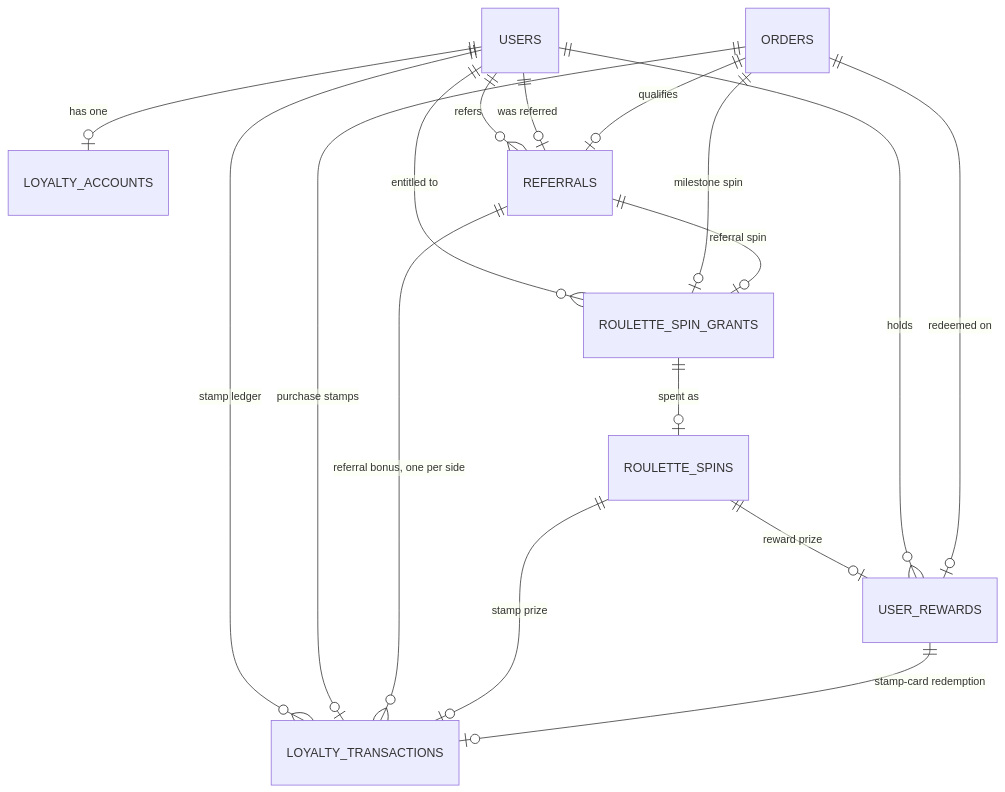
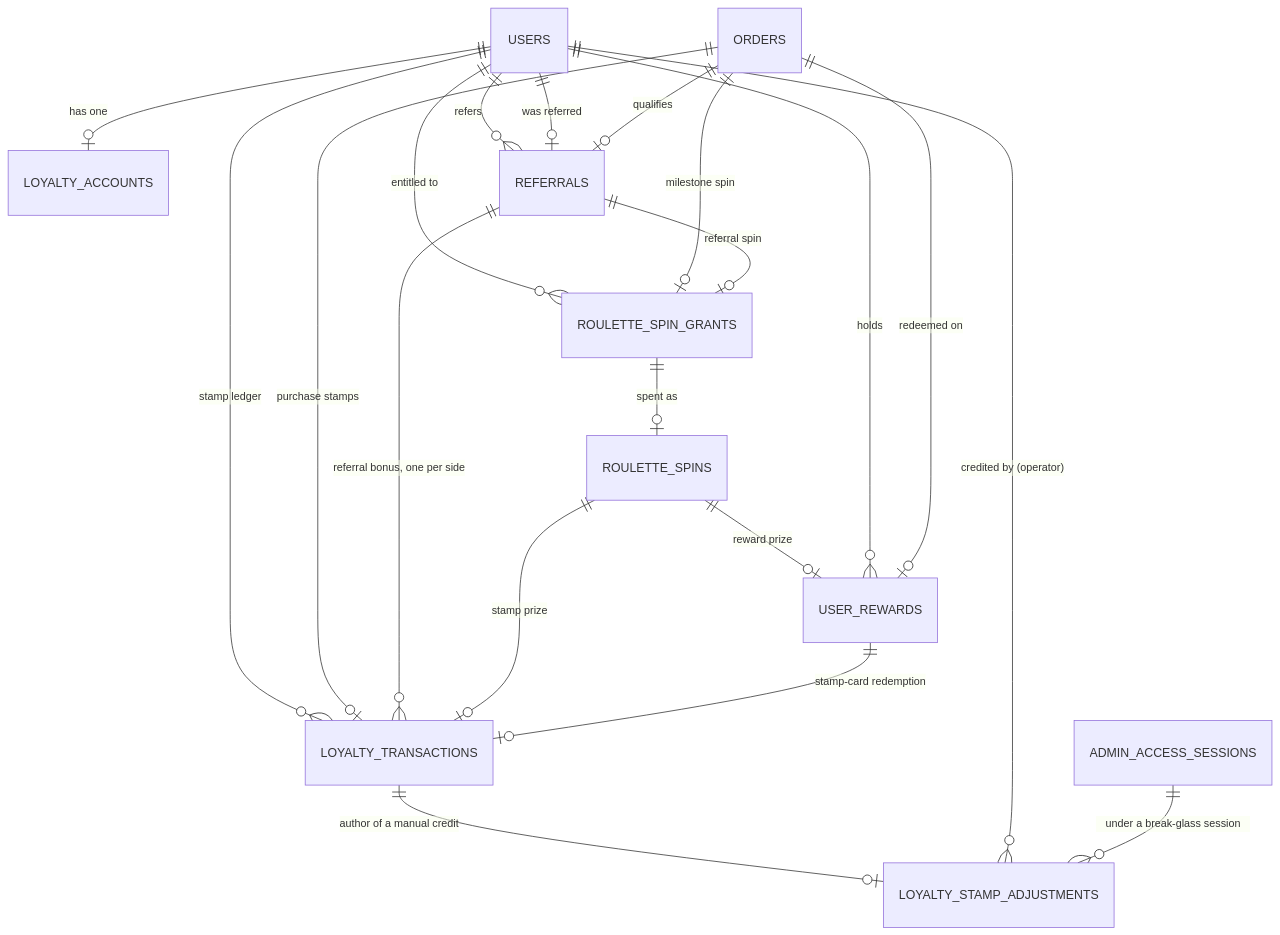
The second of 2 diagrams in docs/database-schema.md (Nikki1314/V-shop1.4-), drawn with Mermaid before and after one commit. The commit also changed 10 other files, not shown here.

First line of the commit message:
docs: document emergency admin and manual loyalty controls

````diff
--- a/docs/database-schema.md
+++ b/docs/database-schema.md
@@ -189,19 +189,22 @@
 ```mermaid
 erDiagram
     USERS ||--o| LOYALTY_ACCOUNTS : "has one"
     USERS ||--o{ LOYALTY_TRANSACTIONS : "stamp ledger"
     ORDERS ||--o| LOYALTY_TRANSACTIONS : "purchase stamps"
     REFERRALS ||--o{ LOYALTY_TRANSACTIONS : "referral bonus, one per side"
     ROULETTE_SPINS ||--o| LOYALTY_TRANSACTIONS : "stamp prize"
     USER_REWARDS ||--o| LOYALTY_TRANSACTIONS : "stamp-card redemption"
     USERS ||--o{ ROULETTE_SPIN_GRANTS : "entitled to"
     ORDERS ||--o| ROULETTE_SPIN_GRANTS : "milestone spin"
     REFERRALS ||--o| ROULETTE_SPIN_GRANTS : "referral spin"
     ROULETTE_SPIN_GRANTS ||--o| ROULETTE_SPINS : "spent as"
     ROULETTE_SPINS ||--o| USER_REWARDS : "reward prize"
     USERS ||--o{ USER_REWARDS : holds
     ORDERS ||--o| USER_REWARDS : "redeemed on"
     USERS ||--o{ REFERRALS : refers
     USERS ||--o| REFERRALS : "was referred"
     ORDERS ||--o| REFERRALS : qualifies
+    LOYALTY_TRANSACTIONS ||--o| LOYALTY_STAMP_ADJUSTMENTS : "author of a manual credit"
+    USERS ||--o{ LOYALTY_STAMP_ADJUSTMENTS : "credited by (operator)"
+    ADMIN_ACCESS_SESSIONS ||--o{ LOYALTY_STAMP_ADJUSTMENTS : "under a break-glass session"
 ```
````
